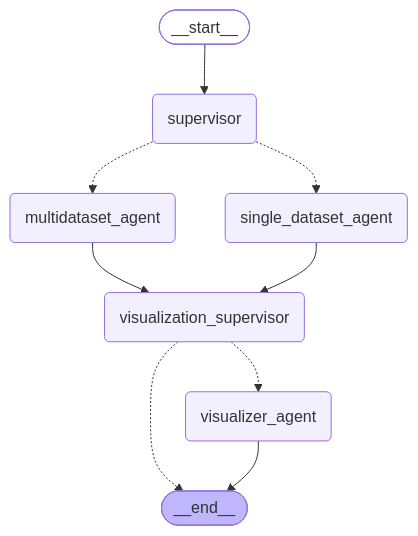
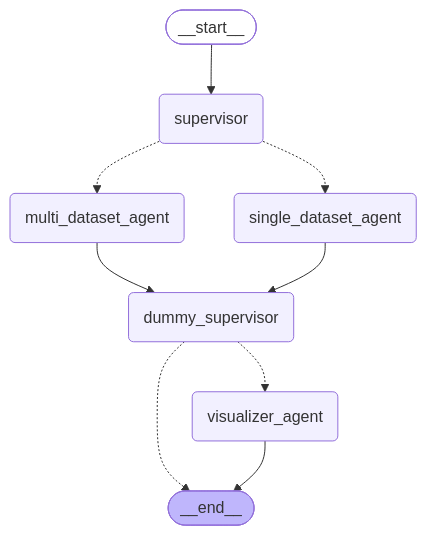
The diagram in chat-server/app/workflow/graph/graph_mermaid/agent_graph.mmd (factly/gopie), drawn with Mermaid before and after one commit. The commit also changed 6 other files, not shown here.

```diff
--- a/chat-server/app/workflow/graph/graph_mermaid/agent_graph.mmd
+++ b/chat-server/app/workflow/graph/graph_mermaid/agent_graph.mmd
@@ -1,24 +1,24 @@
 ---
 config:
   flowchart:
     curve: basis
 ---
 graph TD;
 	__start__([<p>__start__</p>]):::first
 	supervisor(supervisor)
-	multidataset_agent(multidataset_agent)
+	multi_dataset_agent(multi_dataset_agent)
 	single_dataset_agent(single_dataset_agent)
 	visualizer_agent(visualizer_agent)
-	visualization_supervisor(visualization_supervisor)
+	dummy_supervisor(dummy_supervisor)
 	__end__([<p>__end__</p>]):::last
 	__start__ --> supervisor;
-	multidataset_agent --> visualization_supervisor;
-	single_dataset_agent --> visualization_supervisor;
-	supervisor -.-> multidataset_agent;
+	dummy_supervisor -.-> __end__;
+	dummy_supervisor -.-> visualizer_agent;
+	multi_dataset_agent --> dummy_supervisor;
+	single_dataset_agent --> dummy_supervisor;
+	supervisor -.-> multi_dataset_agent;
 	supervisor -.-> single_dataset_agent;
-	visualization_supervisor -.-> __end__;
-	visualization_supervisor -.-> visualizer_agent;
 	visualizer_agent --> __end__;
 	classDef default fill:#f2f0ff,line-height:1.2
 	classDef first fill-opacity:0
 	classDef last fill:#bfb6fc
```
